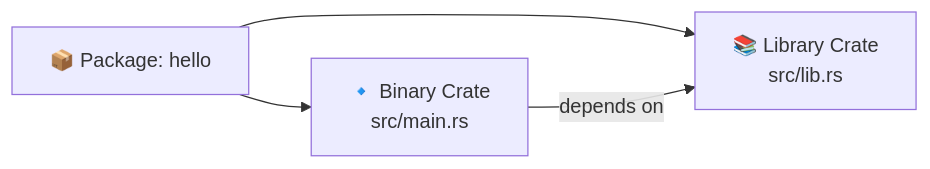
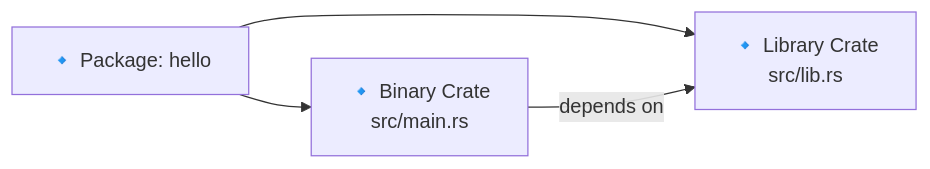
The first of 3 diagrams in Chapter-01(Rust 소개 및 환경 설정)/05-rust-cargo-cheatsheet.md (xmlbuilder/RustTutorial), drawn with Mermaid before and after one commit. The commit also changed other lines of this file, not shown here.

````diff
--- a/Chapter-01(Rust 소개 및 환경 설정)/05-rust-cargo-cheatsheet.md
+++ b/Chapter-01(Rust 소개 및 환경 설정)/05-rust-cargo-cheatsheet.md
@@ -47,11 +47,11 @@
 ```mermaid
 flowchart LR
-    A[📦 Package: hello]
+    A[🔹 Package: hello]
     B[🔹 Binary Crate<br>src/main.rs]
-    C[📚 Library Crate<br>src/lib.rs]
+    C[🔹 Library Crate<br>src/lib.rs]
 
     A --> B
     A --> C
     B -->|depends on| C
 
 ```
````
